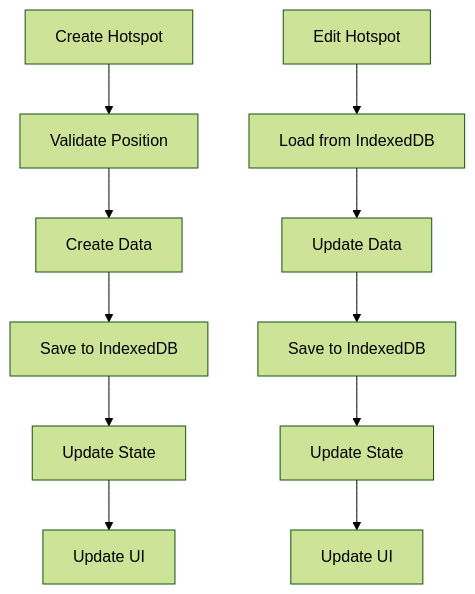
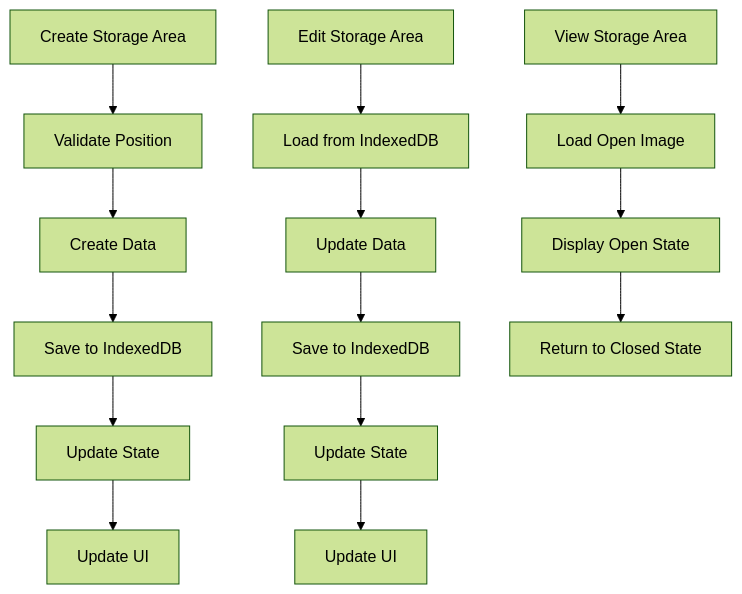
The sixth of 14 diagrams in docs/phases/PHASE_1_LOCAL_STORAGE.md (straiforos/kitchen-360), drawn with Mermaid (forest theme) before and after one commit. The commit also changed other lines of this file, not shown here.

First line of the commit message:
Refactor documentation and code structure for Storage Area management

````diff
--- a/docs/phases/PHASE_1_LOCAL_STORAGE.md
+++ b/docs/phases/PHASE_1_LOCAL_STORAGE.md
@@ -154,14 +164,18 @@
 ```mermaid
 graph TD
-    A[Create Hotspot] --> B[Validate Position]
+    A[Create Storage Area] --> B[Validate Position]
     B --> C[Create Data]
     C --> D[Save to IndexedDB]
     D --> E[Update State]
     E --> F[Update UI]
     
-    G[Edit Hotspot] --> H[Load from IndexedDB]
+    G[Edit Storage Area] --> H[Load from IndexedDB]
     H --> I[Update Data]
     I --> J[Save to IndexedDB]
     J --> K[Update State]
     K --> L[Update UI]
+    
+    M[View Storage Area] --> N[Load Open Image]
+    N --> O[Display Open State]
+    O --> P[Return to Closed State]
 ```
````
